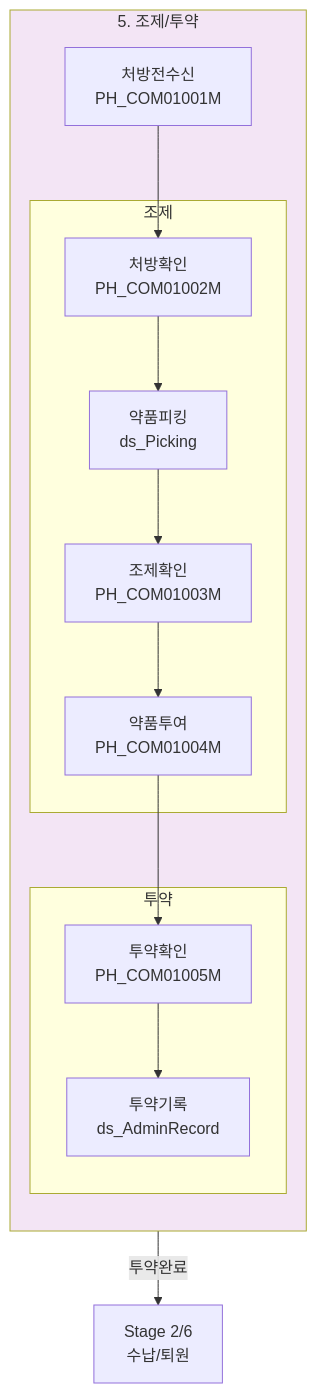
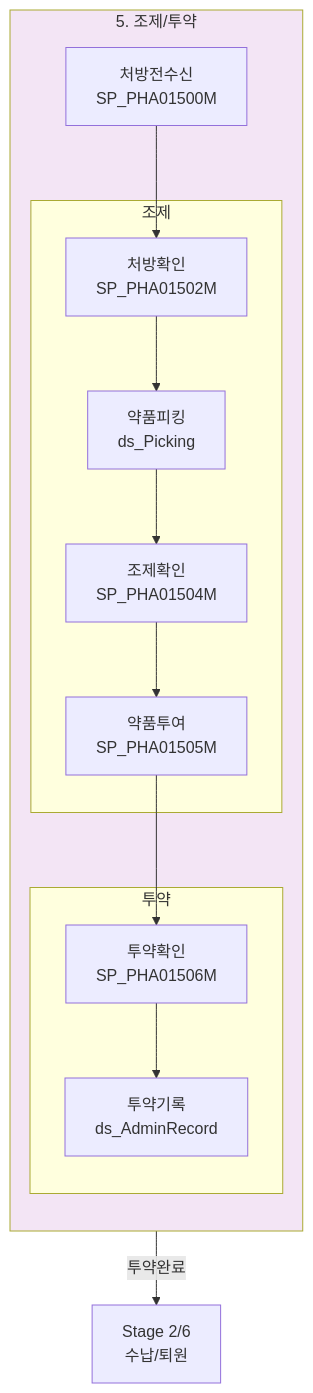
One commit to forsylph/nph changed the eighth of 10 diagrams in patient-journey-simulation.md. Above: the diagram before and after it, drawn with Mermaid. The commit also changed other lines of this file and 2 other files, not shown here.

````diff
--- a/patient-journey-simulation.md
+++ b/patient-journey-simulation.md
@@ -786,31 +793,31 @@
 ```mermaid
 flowchart TB
     subgraph Sub5["5. 조제/투약"]
         direction TB
 
-        PH1["처방전수신<br/>PH_COM01001M"]
+        PH1["처방전수신<br/>SP_PHA01500M"]
 
         subgraph Prepare["조제"]
-            P1["처방확인<br/>PH_COM01002M"]
+            P1["처방확인<br/>SP_PHA01502M"]
             P2["약품피킹<br/>ds_Picking"]
-            P3["조제확인<br/>PH_COM01003M"]
-            P4["약품투여<br/>PH_COM01004M"]
+            P3["조제확인<br/>SP_PHA01504M"]
+            P4["약품투여<br/>SP_PHA01505M"]
         end
 
         subgraph Admin["투약"]
-            A1["투약확인<br/>PH_COM01005M"]
+            A1["투약확인<br/>SP_PHA01506M"]
             A2["투약기록<br/>ds_AdminRecord"]
         end
 
         PH1 --> P1
         P1 --> P2
         P2 --> P3
         P3 --> P4
         P4 --> A1
         A1 --> A2
     end
 
     A2 -->|투약완료| MR["Stage 2/6<br/>수납/퇴원"]
 
     style Sub5 fill:#f3e5f5
 ```
````
